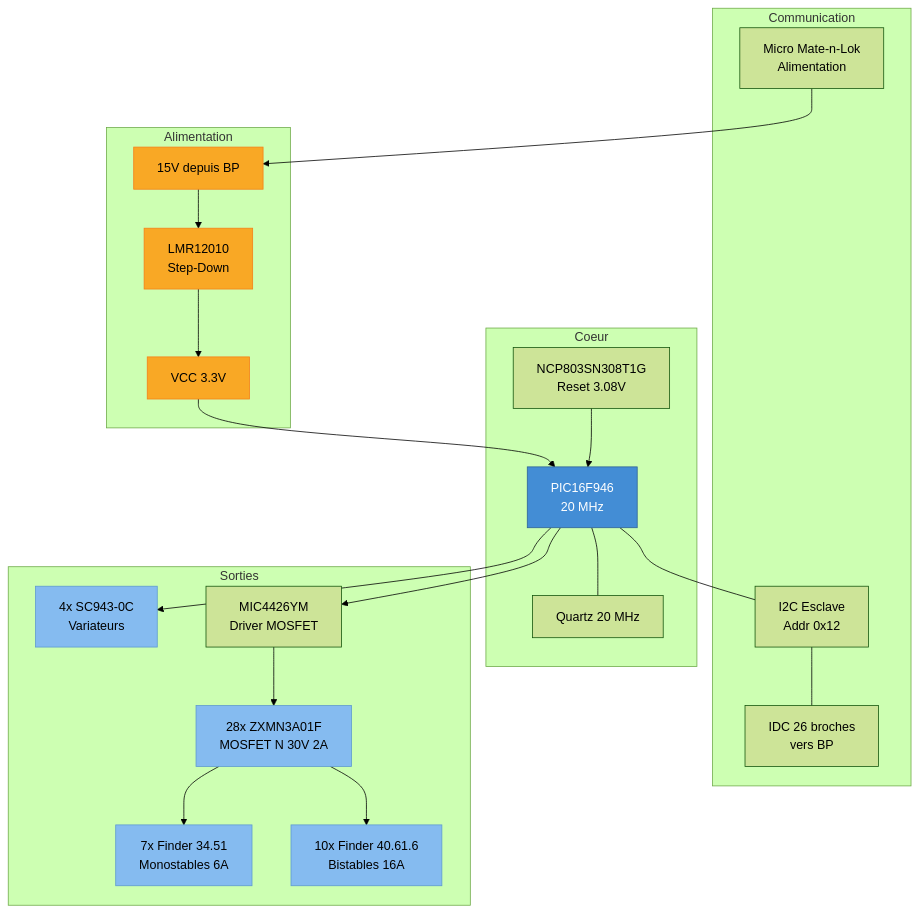
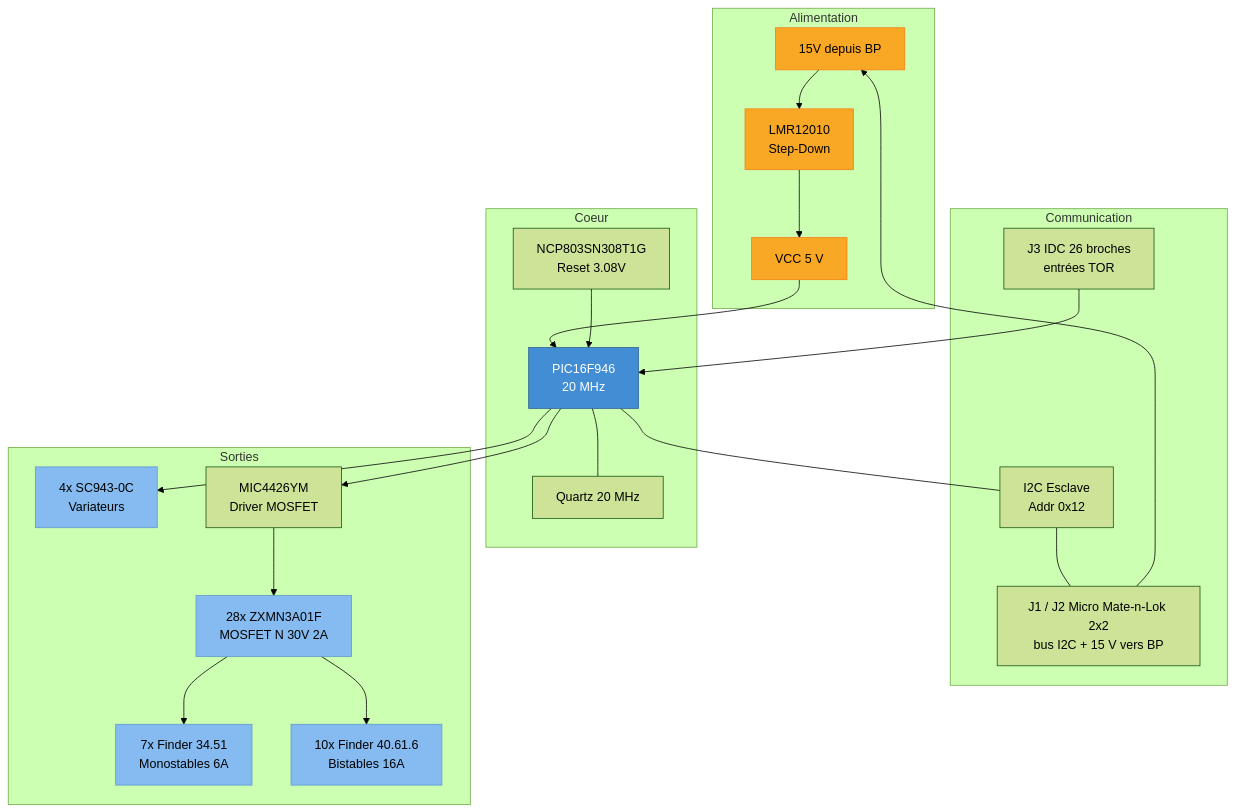
One commit to essensys-hub/essensys-doc changed the diagram in archi/hardware-sc942c.md. Above: the diagram before and after it, drawn with Mermaid (forest theme). The commit also changed other lines of this file and 7 other files, not shown here.

````diff
--- a/archi/hardware-sc942c.md
+++ b/archi/hardware-sc942c.md
@@ -35,48 +35,49 @@
 ```mermaid
 graph TB
     subgraph Alimentation
         VIN["15V depuis BP"]
         LMR["LMR12010<br/>Step-Down"]
-        VCC["VCC 3.3V"]
+        VCC["VCC 5 V"]
     end
 
     subgraph Coeur
         MCU["PIC16F946<br/>20 MHz"]
         Q["Quartz 20 MHz"]
         RST["NCP803SN308T1G<br/>Reset 3.08V"]
     end
 
     subgraph Communication
         I2C["I2C Esclave<br/>Addr 0x12"]
-        IDC["IDC 26 broches<br/>vers BP"]
-        MN["Micro Mate-n-Lok<br/>Alimentation"]
+        IDC["J1 / J2 Micro Mate-n-Lok 2x2<br/>bus I2C + 15 V vers BP"]
+        MN["J3 IDC 26 broches<br/>entrées TOR"]
     end
 
     subgraph Sorties
         REL_M["7x Finder 34.51<br/>Monostables 6A"]
         REL_B["10x Finder 40.61.6<br/>Bistables 16A"]
         VAR["4x SC943-0C<br/>Variateurs"]
         DRV["MIC4426YM<br/>Driver MOSFET"]
         MOSFET["28x ZXMN3A01F<br/>MOSFET N 30V 2A"]
     end
 
     VIN --> LMR --> VCC
     VCC --> MCU
     MCU --- Q
     RST --> MCU
     MCU --- I2C --- IDC
-    MN --> VIN
+    IDC --> VIN
+    MN --> MCU
 
     MCU --> DRV --> MOSFET
     MOSFET --> REL_M
     MOSFET --> REL_B
     MCU --> VAR
 
     classDef mcu fill:#438DD5,stroke:#2E6295,color:#fff
     classDef ba fill:#85BBF0,stroke:#5D99CF,color:#000
     classDef power fill:#F9A825,stroke:#F57F17,color:#000
 
     class MCU mcu
     class REL_M,REL_B,VAR,MOSFET ba
     class VIN,LMR,VCC power
 ```
````
